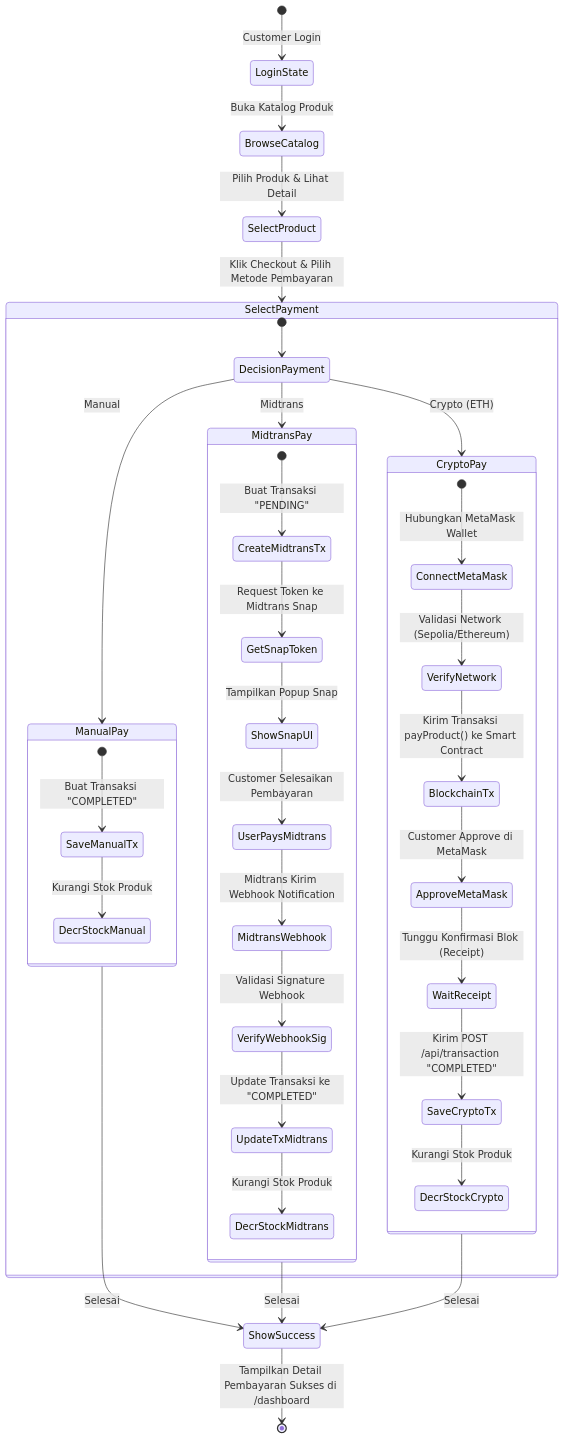
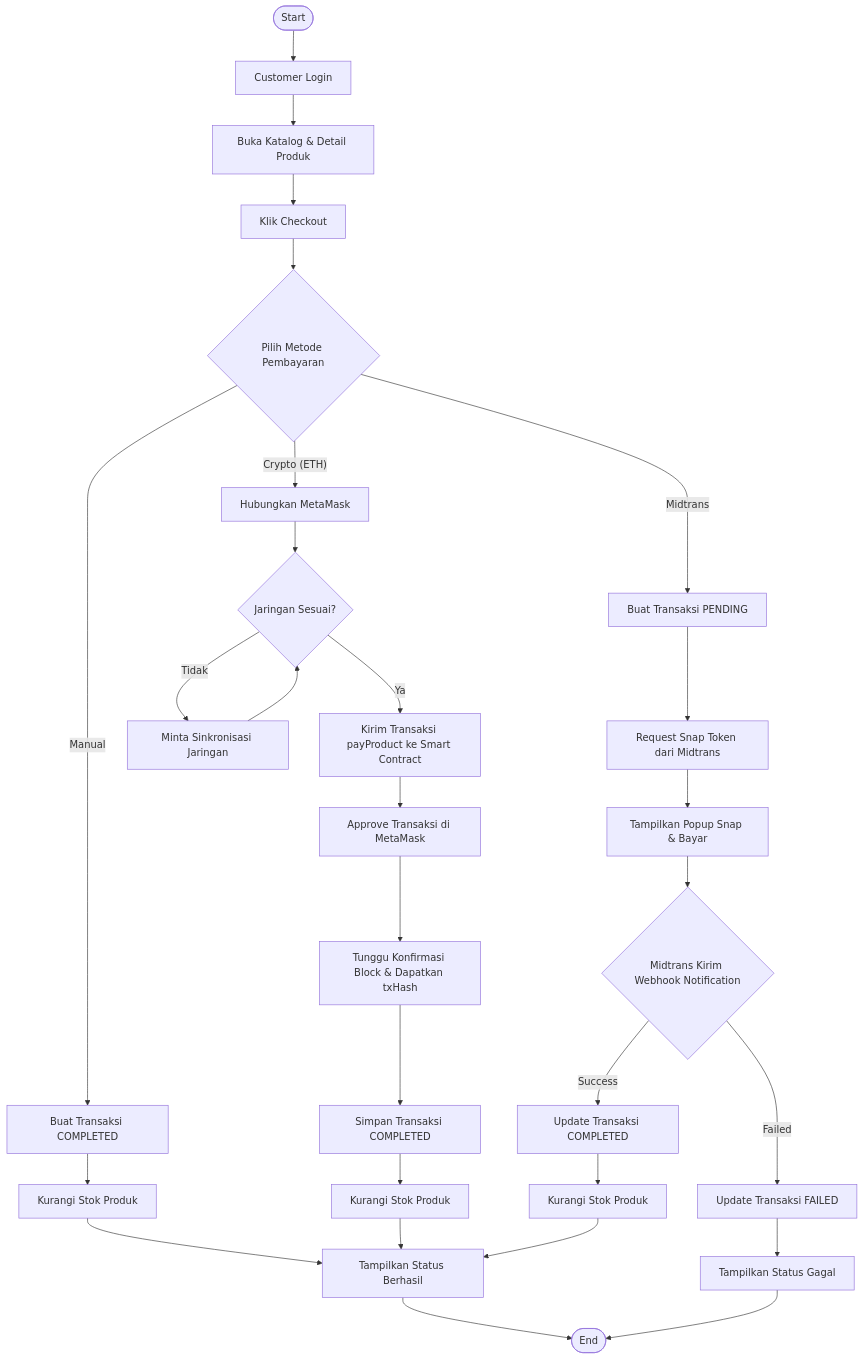
One commit to Strioadjie/CVBanbukStore changed the ninth of 13 diagrams in docs/UML.md. Above: the diagram before and after it, drawn with Mermaid. The commit also changed other lines of this file, not shown here.

Commit message:
Refactor Use Case layout and fix Deployment diagram syntax in UML.md

````diff
--- a/docs/UML.md
+++ b/docs/UML.md
@@ -512,46 +535,40 @@
 ```mermaid
-stateDiagram-v2
-    [*] --> LoginState : Customer Login
-    LoginState --> BrowseCatalog : Buka Katalog Produk
-    BrowseCatalog --> SelectProduct : Pilih Produk & Lihat Detail
-    SelectProduct --> SelectPayment : Klik Checkout & Pilih Metode Pembayaran
+flowchart TD
+    Start([Start]) --> Login[Customer Login]
+    Login --> Browse[Buka Katalog & Detail Produk]
+    Browse --> ClickCheckout[Klik Checkout]
+    ClickCheckout --> ChoosePayment{Pilih Metode Pembayaran}
     
-    state SelectPayment {
-        [*] --> DecisionPayment
-        DecisionPayment --> ManualPay : Manual
-        DecisionPayment --> MidtransPay : Midtrans
-        DecisionPayment --> CryptoPay : Crypto (ETH)
-    }
-
-    state ManualPay {
-        [*] --> SaveManualTx : Buat Transaksi "COMPLETED"
-        SaveManualTx --> DecrStockManual : Kurangi Stok Produk
-    }
-
-    state MidtransPay {
-        [*] --> CreateMidtransTx : Buat Transaksi "PENDING"
-        CreateMidtransTx --> GetSnapToken : Request Token ke Midtrans Snap
-        GetSnapToken --> ShowSnapUI : Tampilkan Popup Snap
-        ShowSnapUI --> UserPaysMidtrans : Customer Selesaikan Pembayaran
-        UserPaysMidtrans --> MidtransWebhook : Midtrans Kirim Webhook Notification
-        MidtransWebhook --> VerifyWebhookSig : Validasi Signature Webhook
-        VerifyWebhookSig --> UpdateTxMidtrans : Update Transaksi ke "COMPLETED"
-        UpdateTxMidtrans --> DecrStockMidtrans : Kurangi Stok Produk
-    }
-
-    state CryptoPay {
-        [*] --> ConnectMetaMask : Hubungkan MetaMask Wallet
-        ConnectMetaMask --> VerifyNetwork : Validasi Network (Sepolia/Ethereum)
-        VerifyNetwork --> BlockchainTx : Kirim Transaksi payProduct() ke Smart Contract
-        BlockchainTx --> ApproveMetaMask : Customer Approve di MetaMask
-        ApproveMetaMask --> WaitReceipt : Tunggu Konfirmasi Blok (Receipt)
-        WaitReceipt --> SaveCryptoTx : Kirim POST /api/transaction "COMPLETED"
-        SaveCryptoTx --> DecrStockCrypto : Kurangi Stok Produk
-    }
-
-    ManualPay --> ShowSuccess : Selesai
-    MidtransPay --> ShowSuccess : Selesai
-    CryptoPay --> ShowSuccess : Selesai
-
-    ShowSuccess --> [*] : Tampilkan Detail Pembayaran Sukses di /dashboard
+    ChoosePayment -- "Manual" --> ManualTx[Buat Transaksi COMPLETED]
+    ChoosePayment -- "Midtrans" --> MidtransTx[Buat Transaksi PENDING]
+    ChoosePayment -- "Crypto (ETH)" --> CryptoTx[Hubungkan MetaMask]
+    
+    %% Alur Manual
+    ManualTx --> DecrStockManual[Kurangi Stok Produk]
+    DecrStockManual --> ShowSuccess[Tampilkan Status Berhasil]
+    
+    %% Alur Midtrans
+    MidtransTx --> MidtransToken[Request Snap Token dari Midtrans]
+    MidtransToken --> ShowSnap[Tampilkan Popup Snap & Bayar]
+    ShowSnap --> Webhook{Midtrans Kirim Webhook Notification}
+    Webhook -- "Success" --> UpdateMidtransSuccess[Update Transaksi COMPLETED]
+    Webhook -- "Failed" --> UpdateMidtransFailed[Update Transaksi FAILED]
+    UpdateMidtransSuccess --> DecrStockMidtrans[Kurangi Stok Produk]
+    UpdateMidtransFailed --> ShowFailed[Tampilkan Status Gagal]
+    
+    %% Alur Crypto
+    CryptoTx --> CheckNetwork{Jaringan Sesuai?}
+    CheckNetwork -- "Tidak" --> SwitchNetwork[Minta Sinkronisasi Jaringan]
+    SwitchNetwork --> CheckNetwork
+    CheckNetwork -- "Ya" --> BlockchainTx[Kirim Transaksi payProduct ke Smart Contract]
+    BlockchainTx --> ApproveMetaMask[Approve Transaksi di MetaMask]
+    ApproveMetaMask --> WaitReceipt[Tunggu Konfirmasi Block & Dapatkan txHash]
+    WaitReceipt --> SaveCryptoTx[Simpan Transaksi COMPLETED]
+    SaveCryptoTx --> DecrStockCrypto[Kurangi Stok Produk]
+    
+    DecrStockCrypto --> ShowSuccess
+    DecrStockMidtrans --> ShowSuccess
+    
+    ShowSuccess --> End([End])
+    ShowFailed --> End
 ```
````
